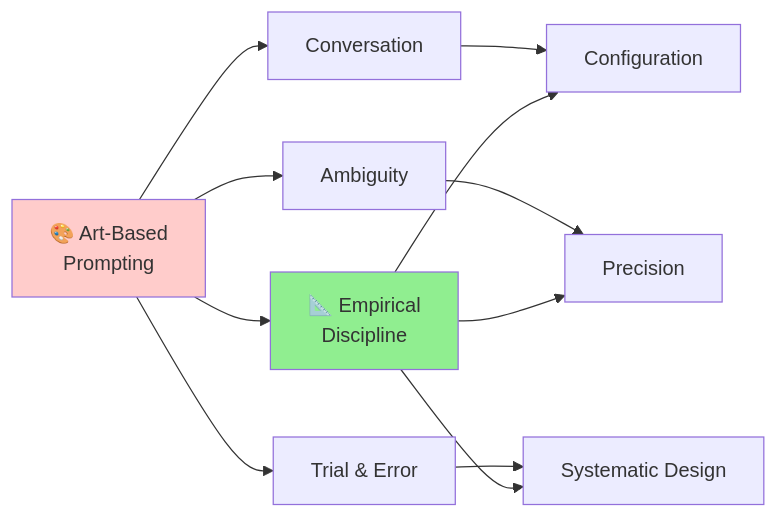
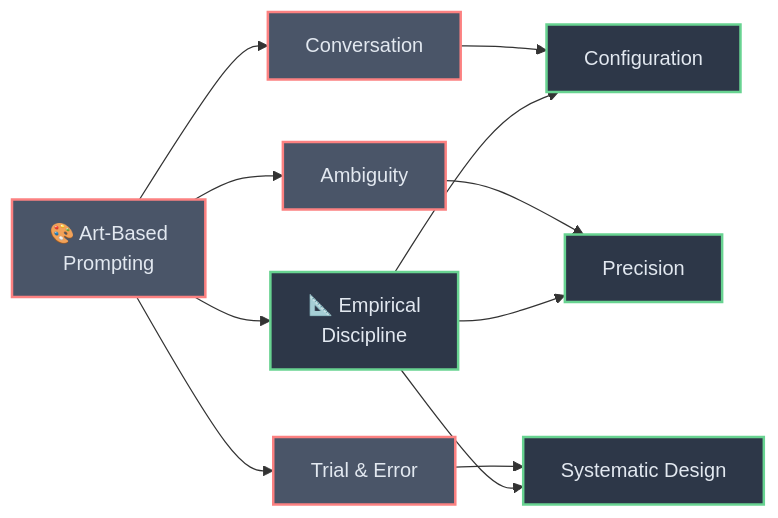
The second of 4 diagrams in Part_I_Section_1_Foundational_Principles_of_Modern_Prompting.md (josemlopez/prompt_tutorial), drawn with Mermaid before and after one commit. The commit also changed other lines of this file and 7 other files, not shown here.

````diff
--- a/Part_I_Section_1_Foundational_Principles_of_Modern_Prompting.md
+++ b/Part_I_Section_1_Foundational_Principles_of_Modern_Prompting.md
@@ -36,19 +36,25 @@
 ```mermaid
 flowchart LR
     A[🎨 Art-Based<br/>Prompting] --> B[📐 Empirical<br/>Discipline]
     
     A1[Conversation] --> B1[Configuration]
     A2[Ambiguity] --> B2[Precision]
     A3[Trial & Error] --> B3[Systematic Design]
     
     A --> A1
     A --> A2
     A --> A3
     
     B --> B1
     B --> B2
     B --> B3
     
-    style A fill:#ffcccb
-    style B fill:#90EE90
+    style A fill:#4a5568,stroke:#fc8181,stroke-width:2px,color:#e2e8f0
+    style B fill:#2d3748,stroke:#68d391,stroke-width:2px,color:#e2e8f0
+    style A1 fill:#4a5568,stroke:#fc8181,stroke-width:2px,color:#e2e8f0
+    style A2 fill:#4a5568,stroke:#fc8181,stroke-width:2px,color:#e2e8f0
+    style A3 fill:#4a5568,stroke:#fc8181,stroke-width:2px,color:#e2e8f0
+    style B1 fill:#2d3748,stroke:#68d391,stroke-width:2px,color:#e2e8f0
+    style B2 fill:#2d3748,stroke:#68d391,stroke-width:2px,color:#e2e8f0
+    style B3 fill:#2d3748,stroke:#68d391,stroke-width:2px,color:#e2e8f0
 ```
````
